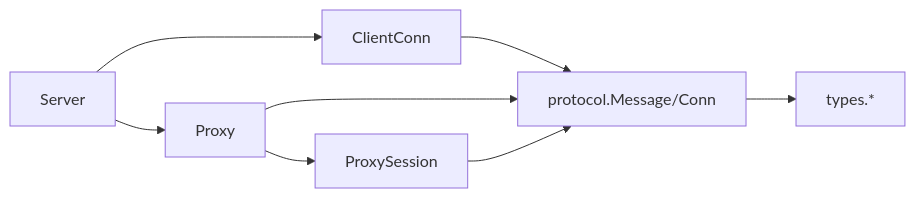
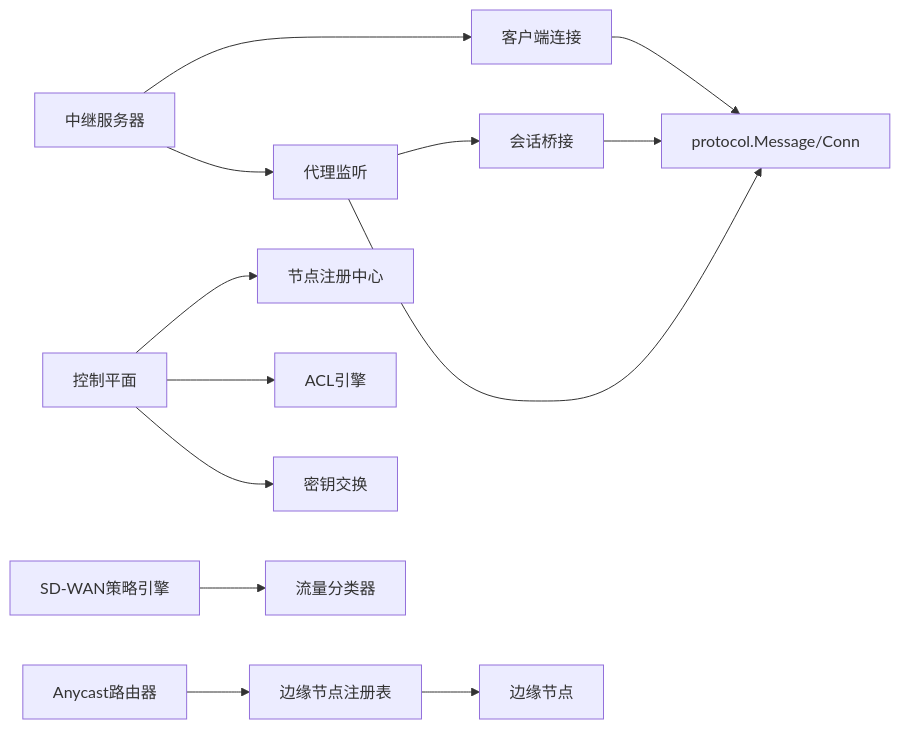
The eighth of 8 diagrams in .qoder/repowiki/zh/content/服务端架构/服务端架构.md (itsharex/NexTunnel), drawn with Mermaid before and after one commit. The commit also changed other lines of this file and 32 other files, not shown here.

````diff
--- a/.qoder/repowiki/zh/content/服务端架构/服务端架构.md
+++ b/.qoder/repowiki/zh/content/服务端架构/服务端架构.md
@@ -352,10 +421,15 @@
 ```mermaid
 graph LR
-Server["Server"] --> ClientConn["ClientConn"]
-Server --> Proxy["Proxy"]
-Proxy --> Session["ProxySession"]
+Server["中继服务器"] --> ClientConn["客户端连接"]
+Server --> Proxy["代理监听"]
+Proxy --> Session["会话桥接"]
 ClientConn --> Proto["protocol.Message/Conn"]
 Proxy --> Proto
 Session --> Proto
-Proto --> Types["types.*"]
+ControlPlane["控制平面"] --> NodeRegistry["节点注册中心"]
+ControlPlane --> ACLEngine["ACL引擎"]
+ControlPlane --> KeyExchange["密钥交换"]
+EdgeRegistry["边缘节点注册表"] --> EdgeNode["边缘节点"]
+SDWANPolicy["SD-WAN策略引擎"] --> Classifier["流量分类器"]
+AnycastRouter["Anycast路由器"] --> EdgeRegistry
 ```
````
